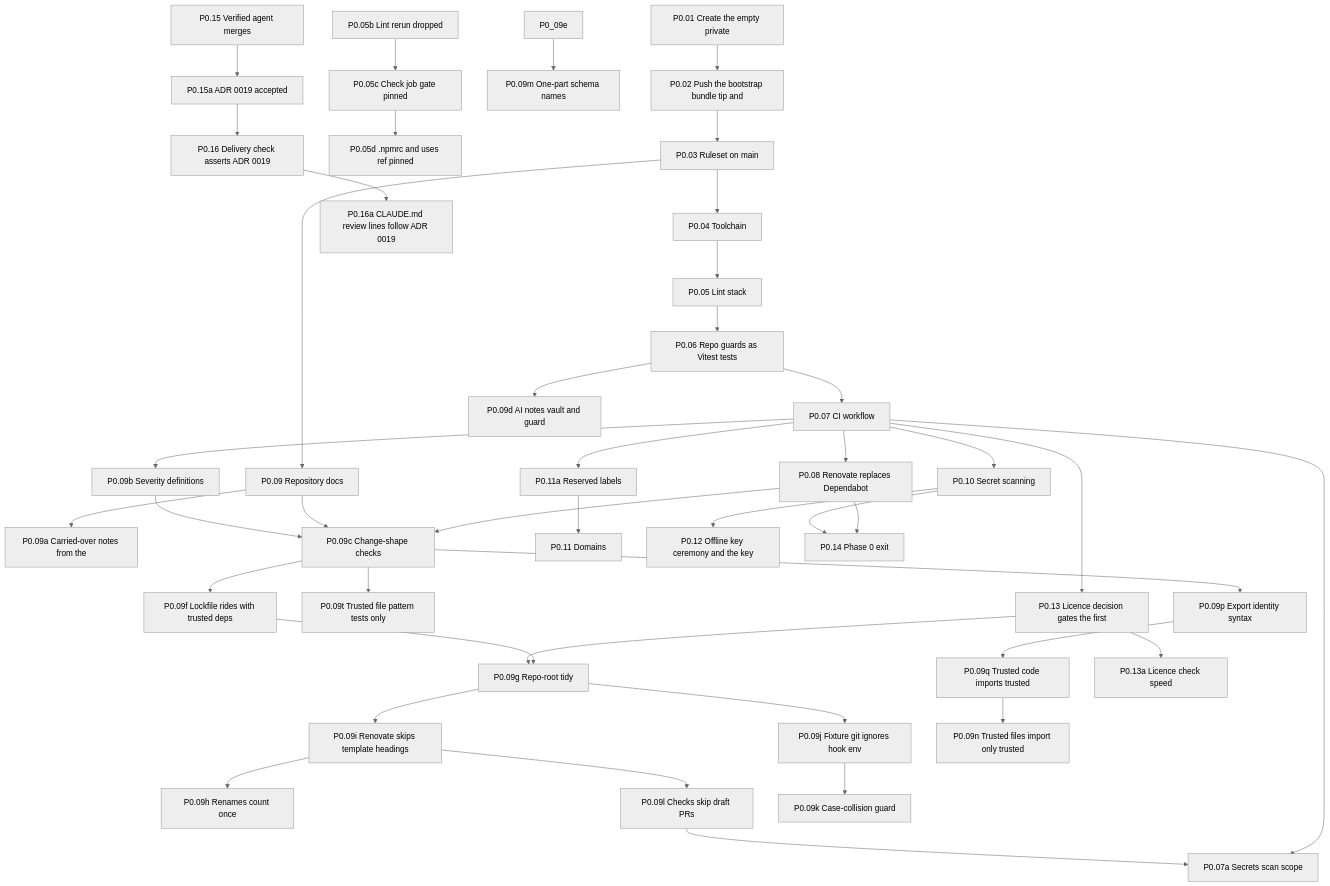
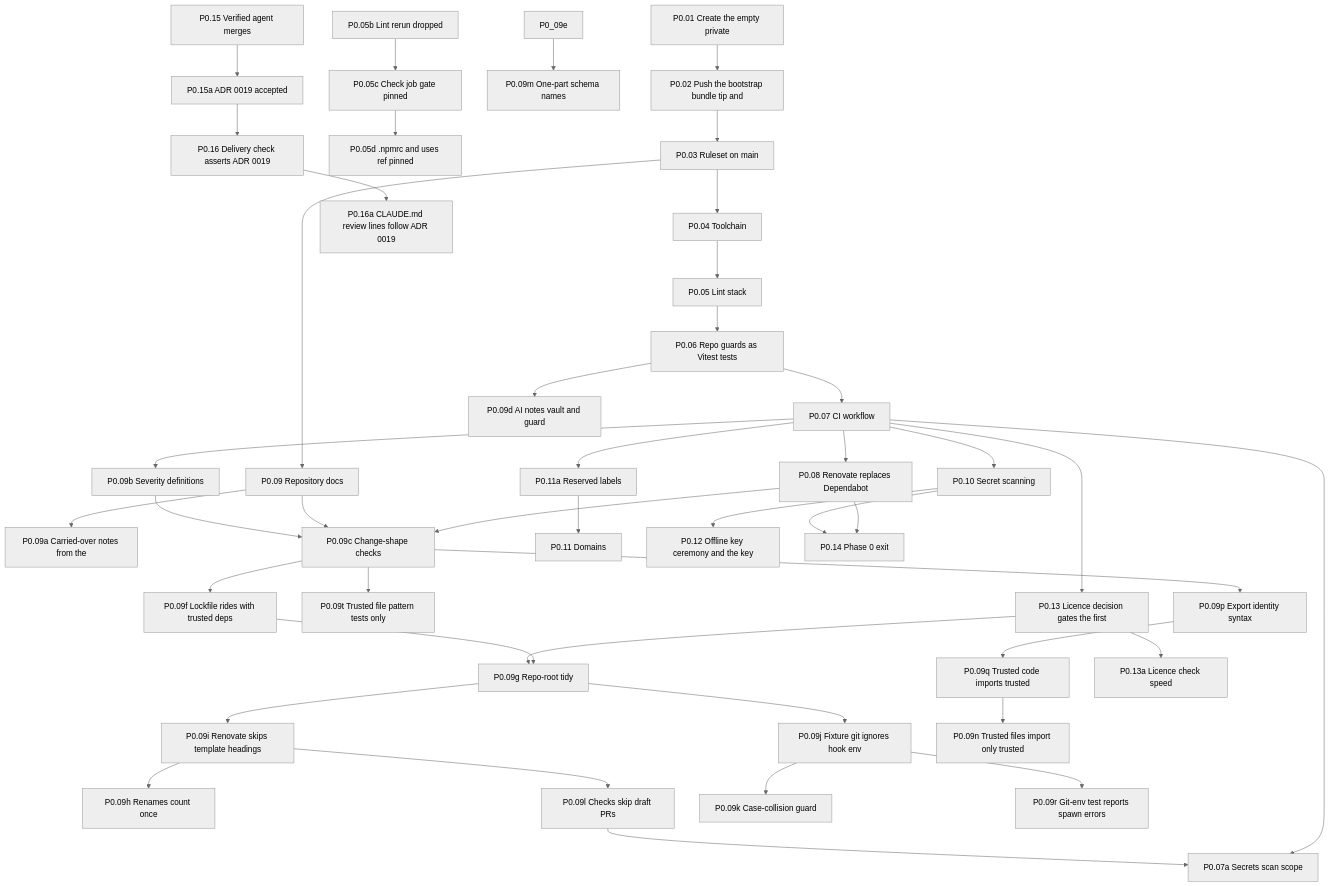
Before and after one commit to Undefined6799/unset: the first of 11 diagrams in docs/ai/book/01-outline.md, drawn with Mermaid (neutral theme). The commit also changed other lines of this file and 2 other files, not shown here.

```diff
--- a/docs/ai/book/01-outline.md
+++ b/docs/ai/book/01-outline.md
@@ -100,6 +101,7 @@
   P0_09p["P0.09p Export identity syntax"]
   P0_09q["P0.09q Trusted code imports trusted"]
   P0_09n["P0.09n Trusted files import only trusted"]
+  P0_09r["P0.09r Git-env test reports spawn errors"]
   P0_10["P0.10 Secret scanning"]
   P0_11a["P0.11a Reserved labels"]
   P0_11["P0.11 Domains"]
@@ -138,6 +140,7 @@
   P0_09g --> P0_09j
   P0_09i --> P0_09h
   P0_09j --> P0_09k
+  P0_09j --> P0_09r
   P0_09e --> P0_09m
   P0_09i --> P0_09l
   P0_07 --> P0_10
```
